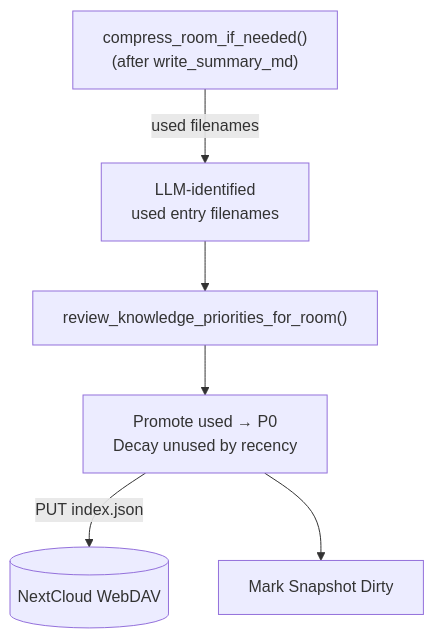
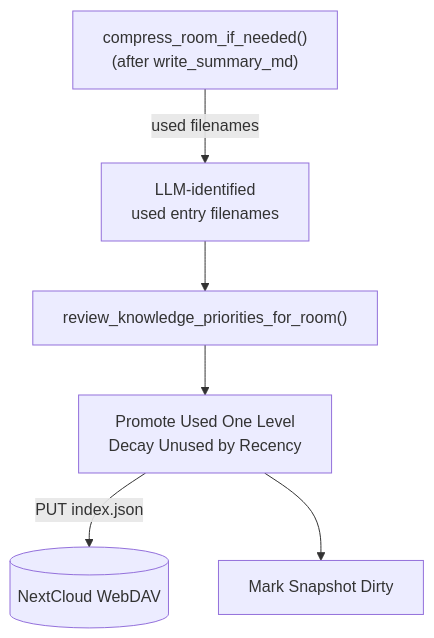
One commit to cosmoswafer/rockbot changed the ninth of 12 diagrams in _dfds/agent-harness.md. Above: the diagram before and after it, drawn with Mermaid. The commit also changed other lines of this file and 2 other files, not shown here.

First line of the commit message:
Refine knowledge promotion: incremental one-step-up per use, P0 earned through consistent daily usage

````diff
--- a/_dfds/agent-harness.md
+++ b/_dfds/agent-harness.md
@@ -340,15 +341,15 @@
 ```mermaid
 flowchart TD
     COMPRESS["compress_room_if_needed()<br/>(after write_summary_md)"]
     LLM_USED["LLM-identified<br/>used entry filenames"]
     REVIEW["review_knowledge_priorities_for_room()"]
-    PROMOTE["Promote used → P0<br/>Decay unused by recency"]
+    PROMOTE["Promote Used One Level<br/>Decay Unused by Recency"]
     DAV[(NextCloud WebDAV)]
     MARK["Mark Snapshot Dirty"]
 
     COMPRESS -->|"used filenames"| LLM_USED
     LLM_USED --> REVIEW
     REVIEW --> PROMOTE
     PROMOTE -->|"PUT index.json"| DAV
     PROMOTE --> MARK
 ```
````
